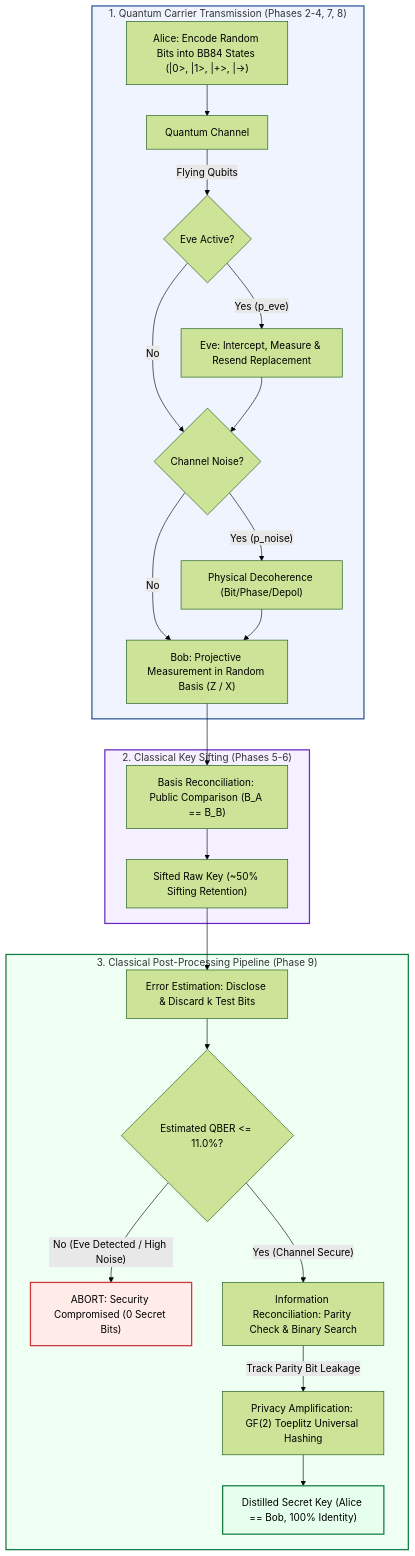
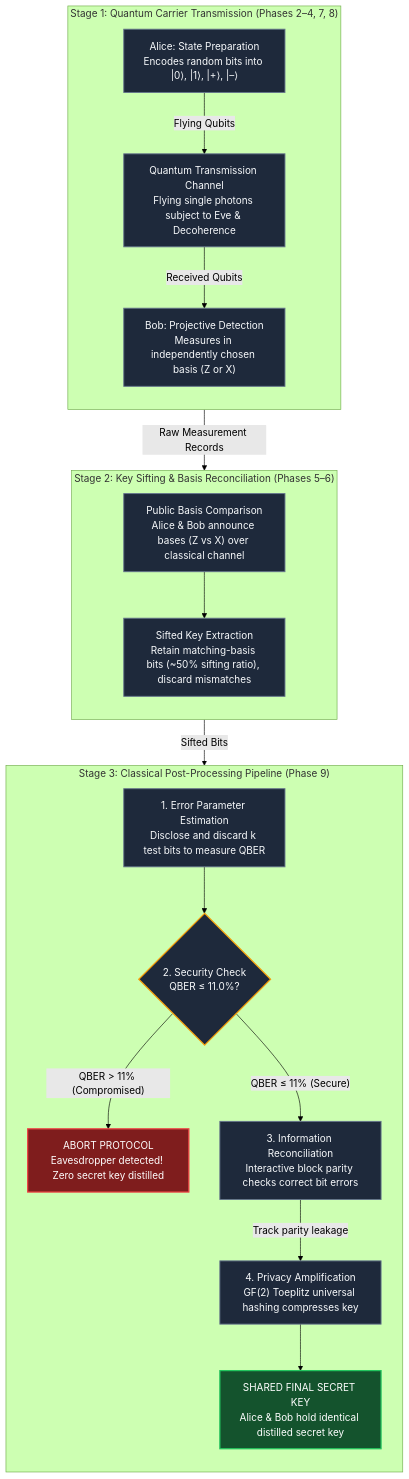
The first of 3 diagrams in README.md (DineshMoorthy007/BB84-quantum-key-distribution), drawn with Mermaid (forest theme) before and after one commit. The commit also changed other lines of this file, not shown here.

Commit message:
docs: refactor and improve clarity of Mermaid diagrams in README.md

````diff
--- a/README.md
+++ b/README.md
@@ -60,33 +60,49 @@
 ```mermaid
 flowchart TD
-    subgraph Stage1["1. Quantum Carrier Transmission (Phases 2-4, 7, 8)"]
-        A["Alice: Encode Random Bits into BB84 States (|0>, |1>, |+>, |->)"] --> C["Quantum Channel"]
-        C -->|"Flying Qubits"| E{"Eve Active?"}
-        E -->|"Yes (p_eve)"| EA["Eve: Intercept, Measure & Resend Replacement"]
-        E -->|"No"| N{"Channel Noise?"}
-        EA --> N
-        N -->|"Yes (p_noise)"| NM["Physical Decoherence (Bit/Phase/Depol)"]
-        N -->|"No"| B["Bob: Projective Measurement in Random Basis (Z / X)"]
-        NM --> B
+    subgraph STAGE1["Stage 1: Quantum Carrier Transmission (Phases 2–4, 7, 8)"]
+        direction TB
+        ALICE["Alice: State Preparation<br/>Encodes random bits into |0⟩, |1⟩, |+⟩, |–⟩"]
+        CHAN["Quantum Transmission Channel<br/>Flying single photons subject to Eve & Decoherence"]
+        BOB["Bob: Projective Detection<br/>Measures in independently chosen basis (Z or X)"]
+
+        ALICE -->|"Flying Qubits"| CHAN
+        CHAN -->|"Received Qubits"| BOB
     end
 
-    subgraph Stage2["2. Classical Key Sifting (Phases 5-6)"]
-        B --> S["Basis Reconciliation: Public Comparison (B_A == B_B)"]
-        S --> SK["Sifted Raw Key (~50% Sifting Retention)"]
+    subgraph STAGE2["Stage 2: Key Sifting & Basis Reconciliation (Phases 5–6)"]
+        direction TB
+        COMP["Public Basis Comparison<br/>Alice & Bob announce bases (Z vs X) over classical channel"]
+        SIFT["Sifted Key Extraction<br/>Retain matching-basis bits (~50% sifting ratio), discard mismatches"]
+
+        COMP --> SIFT
     end
 
-    subgraph Stage3["3. Classical Post-Processing Pipeline (Phase 9)"]
-        SK --> EE["Error Estimation: Disclose & Discard k Test Bits"]
-        EE --> QC{"Estimated QBER <= 11.0%?"}
-        QC -->|"No (Eve Detected / High Noise)"| ABORT["ABORT: Security Compromised (0 Secret Bits)"]
-        QC -->|"Yes (Channel Secure)"| IR["Information Reconciliation: Parity Check & Binary Search"]
-        IR -->|"Track Parity Bit Leakage"| PA["Privacy Amplification: GF(2) Toeplitz Universal Hashing"]
-        PA --> FK["Distilled Secret Key (Alice == Bob, 100% Identity)"]
+    subgraph STAGE3["Stage 3: Classical Post-Processing Pipeline (Phase 9)"]
+        direction TB
+        EST["1. Error Parameter Estimation<br/>Disclose and discard k test bits to measure QBER"]
+        CHK{"2. Security Check<br/>QBER ≤ 11.0%?"}
+        ABORT["ABORT PROTOCOL<br/>Eavesdropper detected! Zero secret key distilled"]
+        REC["3. Information Reconciliation<br/>Interactive block parity checks correct bit errors"]
+        AMP["4. Privacy Amplification<br/>GF(2) Toeplitz universal hashing compresses key"]
+        SEC["SHARED FINAL SECRET KEY<br/>Alice & Bob hold identical distilled secret key"]
+
+        EST --> CHK
+        CHK -->|"QBER > 11% (Compromised)"| ABORT
+        CHK -->|"QBER ≤ 11% (Secure)"| REC
+        REC -->|"Track parity leakage"| AMP
+        AMP --> SEC
     end
 
-    style Stage1 fill:#f0f4ff,stroke:#2b5797,stroke-width:2px
-    style Stage2 fill:#f5f0ff,stroke:#6929c4,stroke-width:2px
-    style Stage3 fill:#f0fff4,stroke:#107c41,stroke-width:2px
-    style ABORT fill:#ffebe8,stroke:#d13438,stroke-width:2px
-    style FK fill:#e6ffed,stroke:#107c41,stroke-width:2px
+    BOB -->|"Raw Measurement Records"| COMP
+    SIFT -->|"Sifted Bits"| EST
+
+    classDef actionNode fill:#1e293b,stroke:#64748b,stroke-width:1.5px,color:#f8fafc;
+    classDef decisionNode fill:#1e293b,stroke:#f59e0b,stroke-width:2px,color:#f8fafc;
+    classDef abortNode fill:#7f1d1d,stroke:#ef4444,stroke-width:2px,color:#ffffff;
+    classDef successNode fill:#14532d,stroke:#22c55e,stroke-width:2px,color:#ffffff;
+
+    class ALICE,CHAN,BOB,COMP,SIFT,EST,REC,AMP actionNode;
+    class CHK decisionNode;
+    class ABORT abortNode;
+    class SEC successNode;
 ```
````
